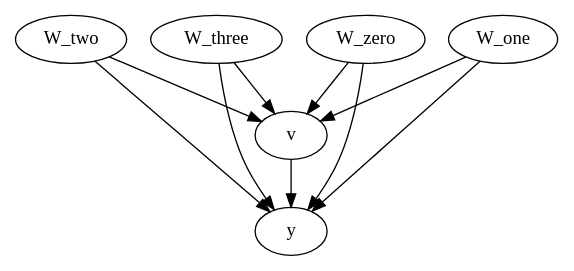
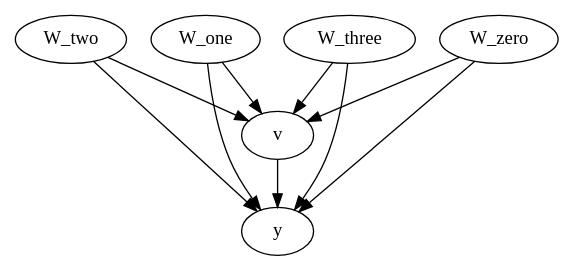
Before and after one commit to MLResearchAtOSRAM/cause2e: the diagram in output/linear_test.dot, drawn with Graphviz. The commit also changed 16 other files, not shown here.

```diff
--- a/output/linear_test.dot
+++ b/output/linear_test.dot
@@ -1,31 +1,31 @@
 digraph G {
-	graph [bb="0,0,372.04,180"];
+	graph [bb="0,0,371.64,180"];
 	node [label="\N"];
 	W_two	 [height=0.5,
 		pos="38.347,162",
 		width=1.0652];
 	v	 [height=0.5,
-		pos="187.35,90",
+		pos="181.35,90",
 		width=0.75];
-	W_two -> v	 [pos="e,165.67,101.19 64.642,148.65 90.35,136.57 129.48,118.19 156.61,105.44"];
+	W_two -> v	 [pos="e,160.19,101.36 63.912,148.49 88.382,136.51 125.3,118.44 151.19,105.76"];
 	y	 [height=0.5,
-		pos="187.35,18",
+		pos="181.35,18",
 		width=0.75];
-	W_two -> y	 [pos="e,172.47,33.177 54.576,145.53 81.302,120.06 134.63,69.244 164.93,40.36"];
-	v -> y	 [pos="e,187.35,36.104 187.35,71.697 187.35,63.983 187.35,54.712 187.35,46.112"];
+	W_two -> y	 [pos="e,166.65,33.595 53.922,145.53 79.439,120.19 130.22,69.77 159.38,40.811"];
+	v -> y	 [pos="e,181.35,36.104 181.35,71.697 181.35,63.983 181.35,54.712 181.35,46.112"];
+	W_one	 [height=0.5,
+		pos="132.35,162",
+		width=1.0471];
+	W_one -> v	 [pos="e,170.38,106.67 143.71,144.76 149.92,135.89 157.73,124.74 164.62,114.89"];
+	W_one -> y	 [pos="e,168.29,34.173 132.59,143.69 133.37,125.32 136.12,95.723 145.35,72 149.4,61.581 155.82,51.174 162.12,42.376"];
 	W_three	 [height=0.5,
-		pos="137.35,162",
+		pos="230.35,162",
 		width=1.1735];
-	W_three -> v	 [pos="e,176.27,106.51 149.2,144.41 155.54,135.53 163.46,124.44 170.44,114.67"];
-	W_three -> y	 [pos="e,174.34,34.193 137.84,143.68 138.86,125.31 141.98,95.711 151.35,72 155.46,61.603 161.89,51.202 168.18,42.401"];
+	W_three -> v	 [pos="e,192.2,106.51 218.73,144.41 212.58,135.62 204.91,124.66 198.12,114.96"];
+	W_three -> y	 [pos="e,194.4,34.173 230.1,143.69 229.32,125.32 226.57,95.723 217.35,72 213.3,61.581 206.88,51.174 200.57,42.376"];
 	W_zero	 [height=0.5,
-		pos="238.35,162",
+		pos="331.35,162",
 		width=1.1193];
-	W_zero -> v	 [pos="e,198.76,106.67 226.52,144.76 220.05,135.89 211.93,124.74 204.75,114.89"];
-	W_zero -> y	 [pos="e,200.3,34.214 237.61,143.68 236.34,125.3 232.86,95.702 223.35,72 219.18,61.626 212.74,51.229 206.45,42.426"];
-	W_one	 [height=0.5,
-		pos="334.35,162",
-		width=1.0471];
-	W_one -> v	 [pos="e,208.74,101.19 308.4,148.65 283.15,136.62 244.77,118.35 218.02,105.61"];
-	W_one -> y	 [pos="e,202.29,33.389 318.4,145.56 300.06,127.8 269.05,97.778 242.35,72 231.55,61.578 219.55,50.014 209.53,40.354"];
+	W_zero -> v	 [pos="e,203.07,101.14 304.53,148.49 278.6,136.38 239.34,118.06 212.14,105.37"];
+	W_zero -> y	 [pos="e,196.32,33.177 315.01,145.53 288.1,120.06 234.42,69.244 203.91,40.36"];
 }
```
